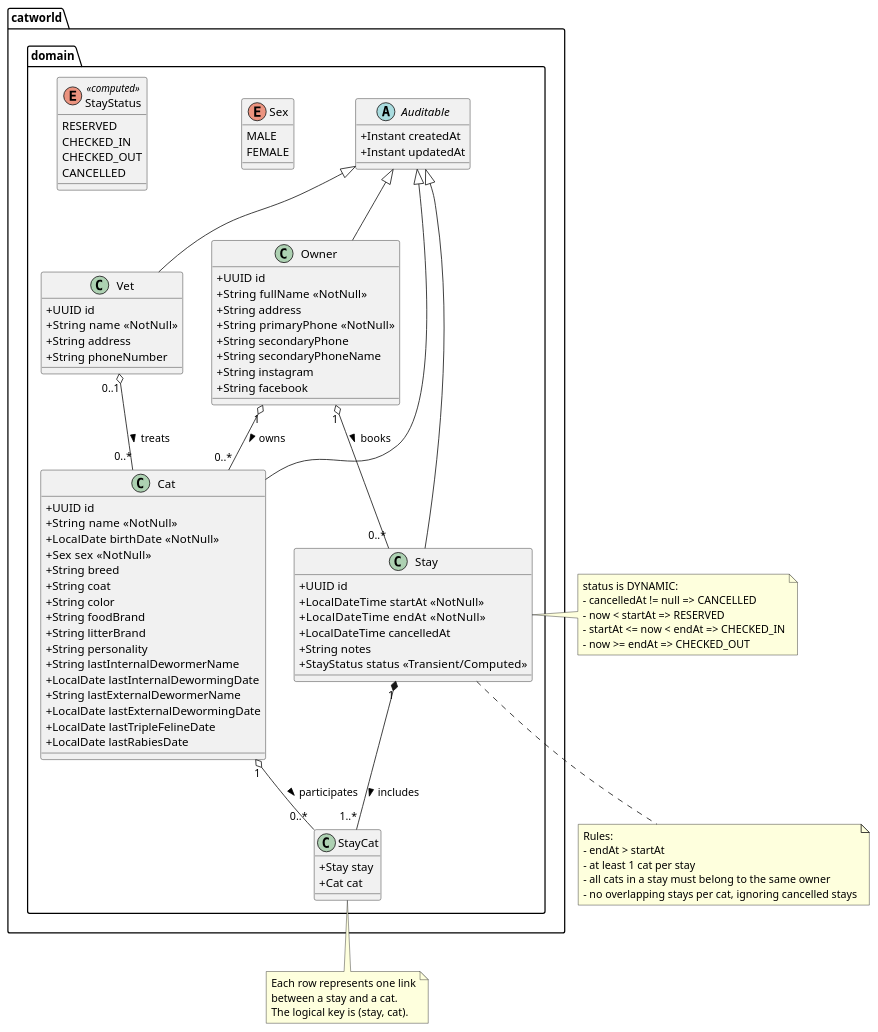
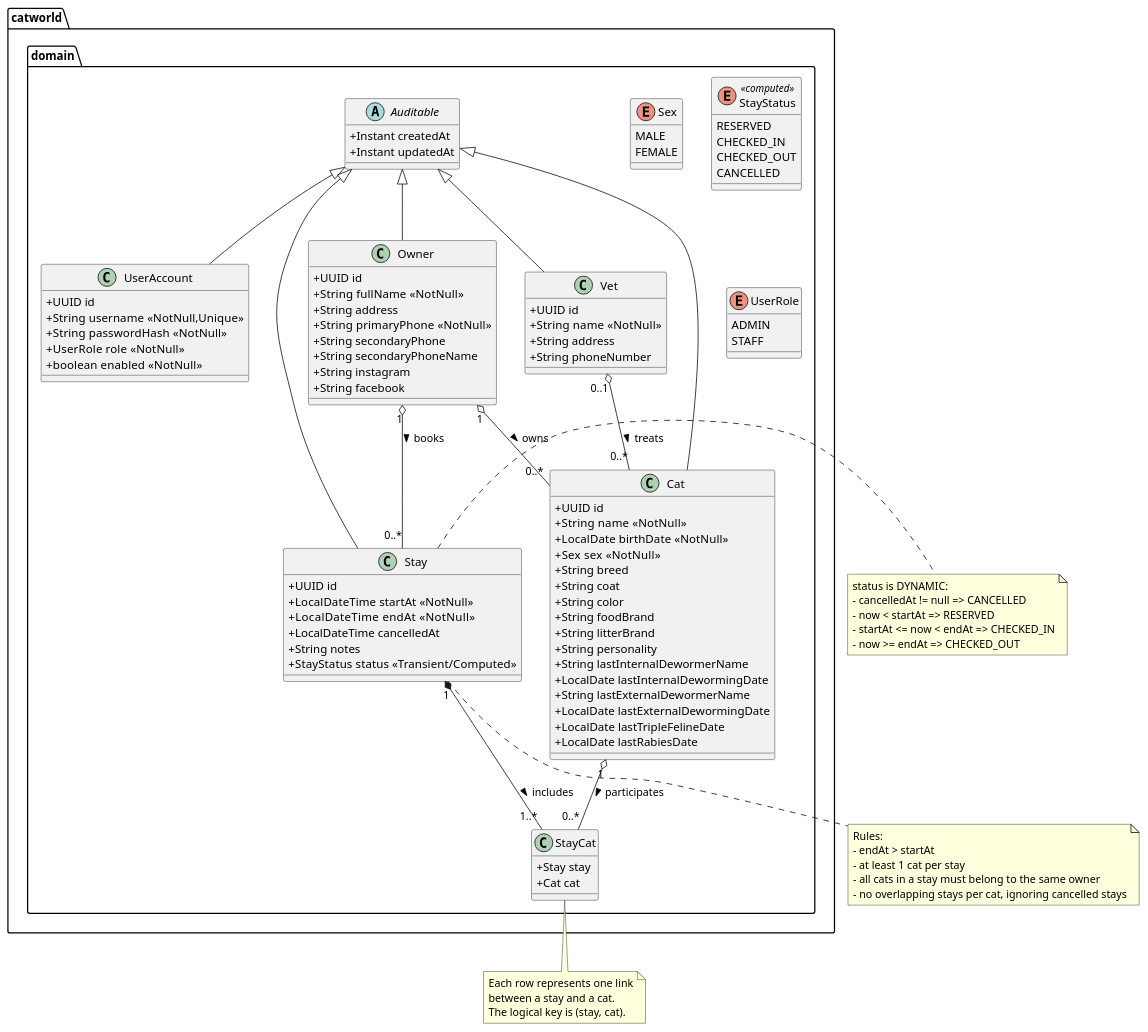
One commit to TheZenithPassage/catworld changed the diagram in docs/uml/01-domain-classes.puml. Above: the diagram before and after it, drawn with PlantUML. The commit also changed 16 other files, not shown here.

```diff
--- a/docs/uml/01-domain-classes.puml
+++ b/docs/uml/01-domain-classes.puml
@@ -1,103 +1,116 @@
 @startuml
 skinparam classAttributeIconSize 0
 
 package "catworld.domain" {
 
   abstract class Auditable {
     +Instant createdAt
     +Instant updatedAt
   }
 
   class Owner extends Auditable {
     +UUID id
     +String fullName  <<NotNull>>
     +String address
     +String primaryPhone  <<NotNull>>
     +String secondaryPhone
     +String secondaryPhoneName
     +String instagram
     +String facebook
   }
 
   class Vet extends Auditable {
     +UUID id
     +String name  <<NotNull>>
     +String address
     +String phoneNumber
   }
 
   enum Sex {
     MALE
     FEMALE
   }
 
   class Cat extends Auditable {
     +UUID id
     +String name  <<NotNull>>
     +LocalDate birthDate  <<NotNull>>
     +Sex sex  <<NotNull>>
     +String breed
     +String coat
     +String color
     +String foodBrand
     +String litterBrand
     +String personality
     +String lastInternalDewormerName
     +LocalDate lastInternalDewormingDate
     +String lastExternalDewormerName
     +LocalDate lastExternalDewormingDate
     +LocalDate lastTripleFelineDate
     +LocalDate lastRabiesDate
   }
 
   enum StayStatus <<computed>> {
     RESERVED
     CHECKED_IN
     CHECKED_OUT
     CANCELLED
   }
 
   class Stay extends Auditable {
     +UUID id
     +LocalDateTime startAt  <<NotNull>>
     +LocalDateTime endAt    <<NotNull>>
     +LocalDateTime cancelledAt
     +String notes
     +StayStatus status  <<Transient/Computed>>
   }
 
   class StayCat {
     +Stay stay
     +Cat cat
   }
 
+  enum UserRole {
+    ADMIN
+    STAFF
+  }
+
+  class UserAccount extends Auditable {
+    +UUID id
+    +String username  <<NotNull,Unique>>
+    +String passwordHash  <<NotNull>>
+    +UserRole role  <<NotNull>>
+    +boolean enabled  <<NotNull>>
+  }
+
   Owner "1" o-- "0..*" Cat : owns >
   Vet   "0..1" o-- "0..*" Cat : treats >
   Owner "1" o-- "0..*" Stay : books >
   Stay  "1" *-- "1..*" StayCat : includes >
   Cat   "1" o-- "0..*" StayCat : participates >
 }
 
 note right of Stay
 status is DYNAMIC:
 - cancelledAt != null => CANCELLED
 - now < startAt => RESERVED
 - startAt <= now < endAt => CHECKED_IN
 - now >= endAt => CHECKED_OUT
 end note
 
 note bottom of Stay
 Rules:
 - endAt > startAt
 - at least 1 cat per stay
 - all cats in a stay must belong to the same owner
 - no overlapping stays per cat, ignoring cancelled stays
 end note
 
 note bottom of StayCat
 Each row represents one link
 between a stay and a cat.
 The logical key is (stay, cat).
 end note
 
 @enduml
```
